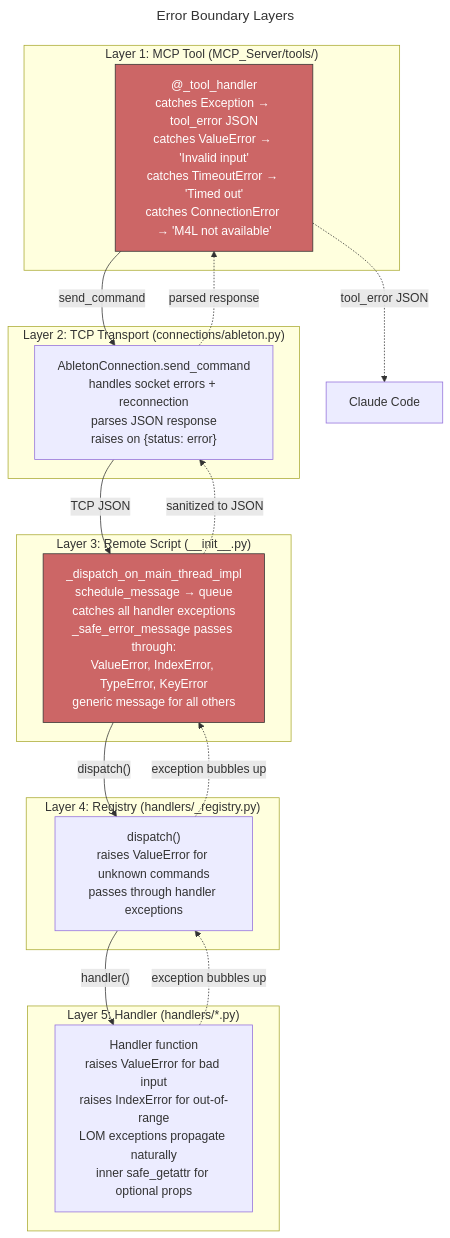
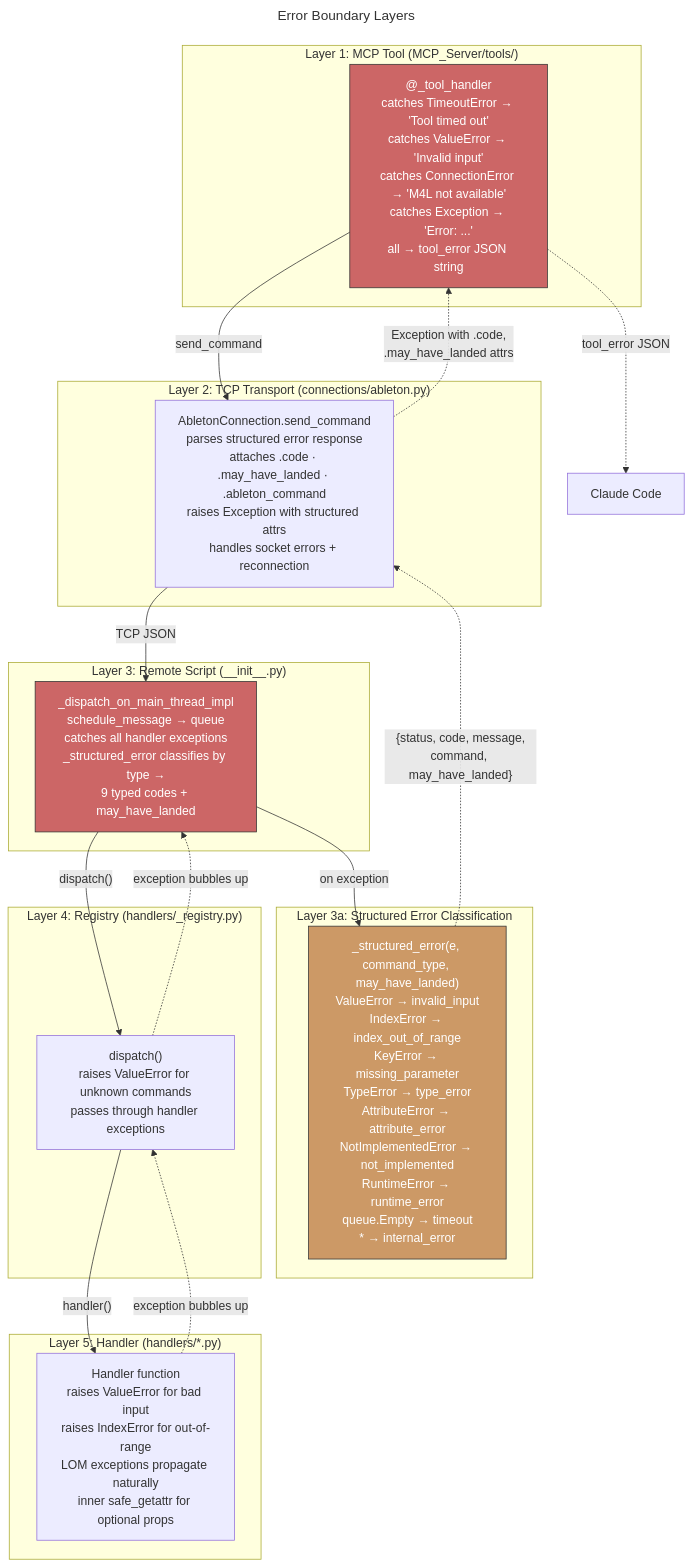
One commit to dcetlin/AbletonBridge changed the diagram in diagrams/6-error-boundary-layers.mmd. Above: the diagram before and after it, drawn with Mermaid. The commit also changed 6 other files, not shown here.

First line of the commit message:
docs: fix stale diagrams and README counts

```diff
--- a/diagrams/6-error-boundary-layers.mmd
+++ b/diagrams/6-error-boundary-layers.mmd
@@ -1,37 +1,43 @@
 ---
 title: "Error Boundary Layers"
 ---
 flowchart TD
     subgraph "Layer 1: MCP Tool (MCP_Server/tools/)"
-        L1["@_tool_handler<br/>catches Exception → tool_error JSON<br/>catches ValueError → 'Invalid input'<br/>catches TimeoutError → 'Timed out'<br/>catches ConnectionError → 'M4L not available'"]
+        L1["@_tool_handler<br/>catches TimeoutError → 'Tool timed out'<br/>catches ValueError → 'Invalid input'<br/>catches ConnectionError → 'M4L not available'<br/>catches Exception → 'Error: ...'<br/>all → tool_error JSON string"]
     end
 
     subgraph "Layer 2: TCP Transport (connections/ableton.py)"
-        L2["AbletonConnection.send_command<br/>handles socket errors + reconnection<br/>parses JSON response<br/>raises on {status: error}"]
+        L2["AbletonConnection.send_command<br/>parses structured error response<br/>attaches .code · .may_have_landed · .ableton_command<br/>raises Exception with structured attrs<br/>handles socket errors + reconnection"]
     end
 
     subgraph "Layer 3: Remote Script (__init__.py)"
-        L3["_dispatch_on_main_thread_impl<br/>schedule_message → queue<br/>catches all handler exceptions<br/>_safe_error_message passes through:<br/>ValueError, IndexError, TypeError, KeyError<br/>generic message for all others"]
+        L3["_dispatch_on_main_thread_impl<br/>schedule_message → queue<br/>catches all handler exceptions<br/>_structured_error classifies by type →<br/>9 typed codes + may_have_landed"]
+    end
+
+    subgraph "Layer 3a: Structured Error Classification"
+        L3A["_structured_error(e, command_type, may_have_landed)<br/>ValueError → invalid_input<br/>IndexError → index_out_of_range<br/>KeyError → missing_parameter<br/>TypeError → type_error<br/>AttributeError → attribute_error<br/>NotImplementedError → not_implemented<br/>RuntimeError → runtime_error<br/>queue.Empty → timeout<br/>* → internal_error"]
     end
 
     subgraph "Layer 4: Registry (handlers/_registry.py)"
         L4["dispatch()<br/>raises ValueError for unknown commands<br/>passes through handler exceptions"]
     end
 
     subgraph "Layer 5: Handler (handlers/*.py)"
         L5["Handler function<br/>raises ValueError for bad input<br/>raises IndexError for out-of-range<br/>LOM exceptions propagate naturally<br/>inner safe_getattr for optional props"]
     end
 
     L1 -->|"send_command"| L2
     L2 -->|"TCP JSON"| L3
     L3 -->|"dispatch()"| L4
+    L3 -->|"on exception"| L3A
     L4 -->|"handler()"| L5
 
     L5 -.->|"exception bubbles up"| L4
     L4 -.->|"exception bubbles up"| L3
-    L3 -.->|"sanitized to JSON"| L2
-    L2 -.->|"parsed response"| L1
+    L3A -.->|"{status, code, message,<br/>command, may_have_landed}"| L2
+    L2 -.->|"Exception with .code,<br/>.may_have_landed attrs"| L1
     L1 -.->|"tool_error JSON"| CC["Claude Code"]
 
     style L1 fill:#c66,stroke:#333,color:#fff
     style L3 fill:#c66,stroke:#333,color:#fff
+    style L3A fill:#c96,stroke:#333,color:#fff
```
